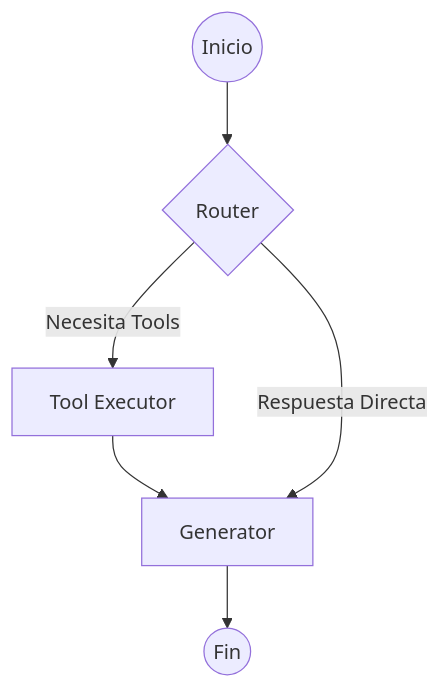
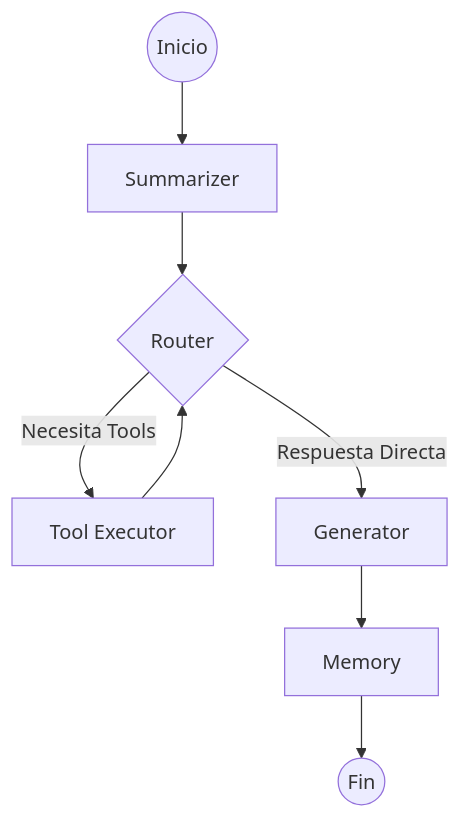
The diagram in docs/graph.md (joajo13/langgraph-simple-cli), drawn with Mermaid before and after one commit. The commit also changed other lines of this file and 8 other files, not shown here.

````diff
--- a/docs/graph.md
+++ b/docs/graph.md
@@ -35,8 +40,10 @@
 ```mermaid
 graph TD
-    START((Inicio)) --> Router{Router}
+    START((Inicio)) --> Summarizer[Summarizer]
+    Summarizer --> Router{Router}
     Router -- Necesita Tools --> Executor[Tool Executor]
-    Executor --> Generator[Generator]
-    Router -- Respuesta Directa --> Generator
-    Generator --> END((Fin))
+    Executor --> Router
+    Router -- Respuesta Directa --> Generator[Generator]
+    Generator --> Memory[Memory]
+    Memory --> END((Fin))
 ```
````
